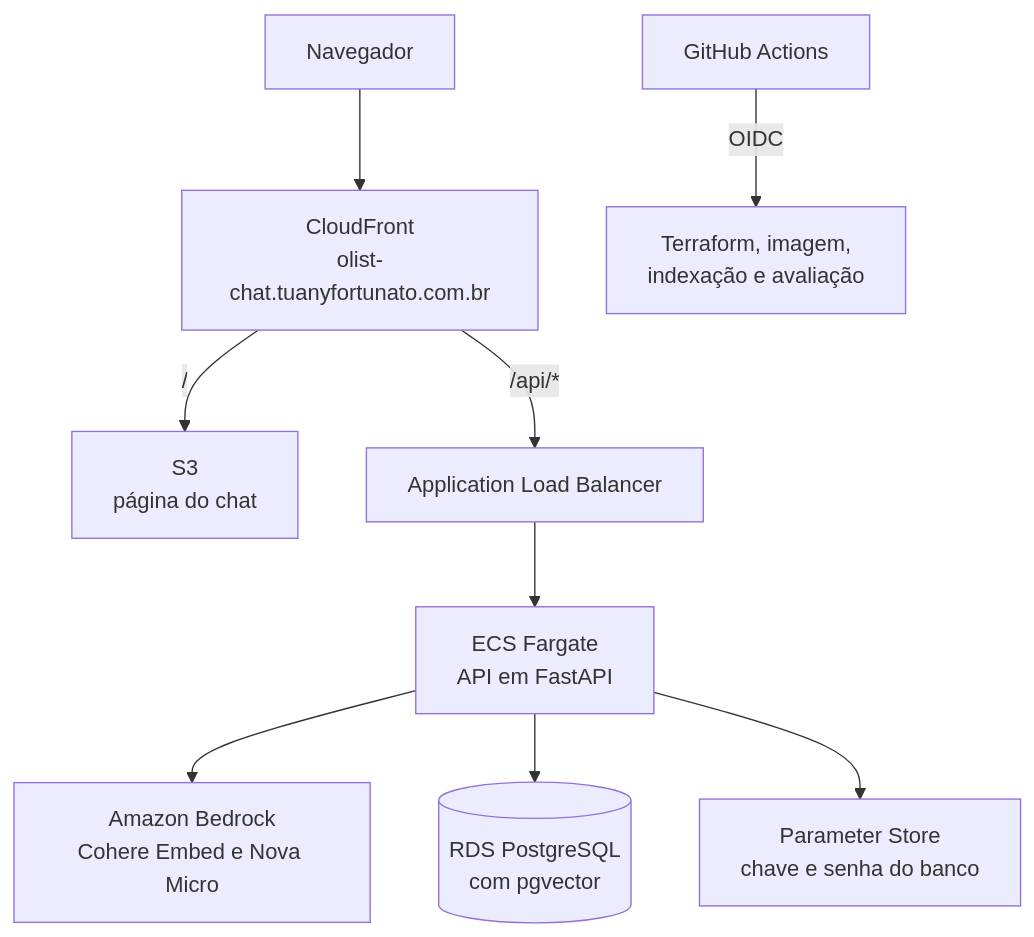
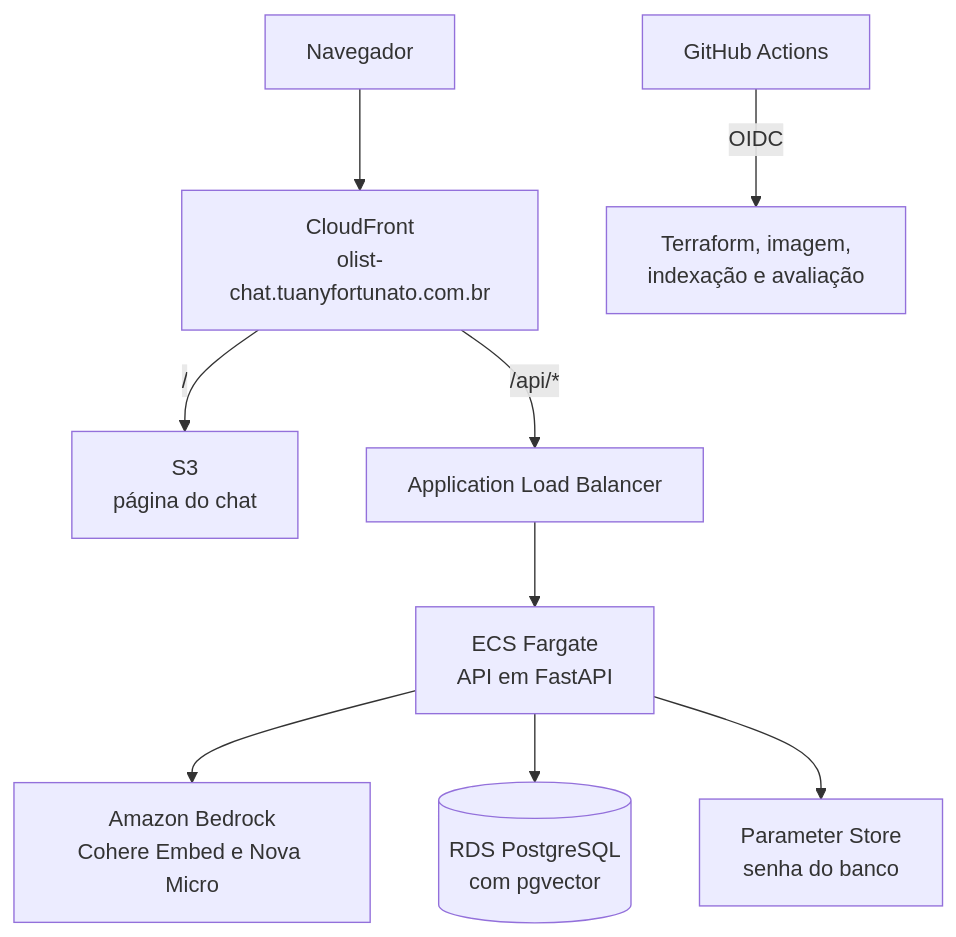
Before and after one commit to tuanyfortunato/olist-voc-intelligence-chat: the second of 2 diagrams in README.md, drawn with Mermaid. The commit also changed other lines of this file, not shown here.

````diff
--- a/README.md
+++ b/README.md
@@ -185,11 +184,11 @@
 ```mermaid
 flowchart TB
     U[Navegador] --> CF[CloudFront<br/>olist-chat.tuanyfortunato.com.br]
     CF -->|/| S3[S3<br/>página do chat]
     CF -->|/api/*| ALB[Application Load Balancer]
     ALB --> ECS[ECS Fargate<br/>API em FastAPI]
     ECS --> BR[Amazon Bedrock<br/>Cohere Embed e Nova Micro]
     ECS --> RDS[(RDS PostgreSQL<br/>com pgvector)]
-    ECS --> SSM[Parameter Store<br/>chave e senha do banco]
+    ECS --> SSM[Parameter Store<br/>senha do banco]
     GH[GitHub Actions] -->|OIDC| AWS[Terraform, imagem,<br/>indexação e avaliação]
 ```
````
